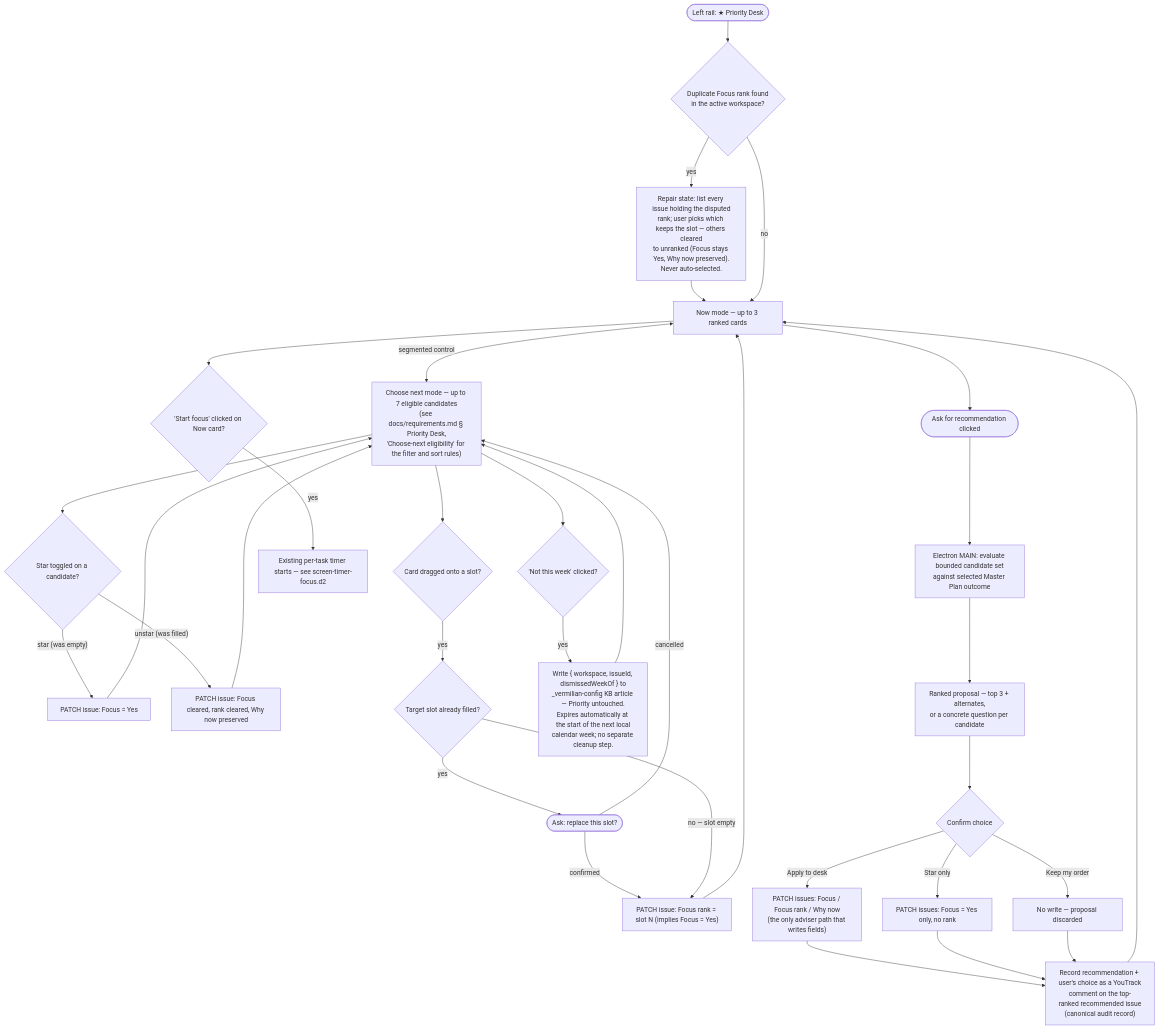
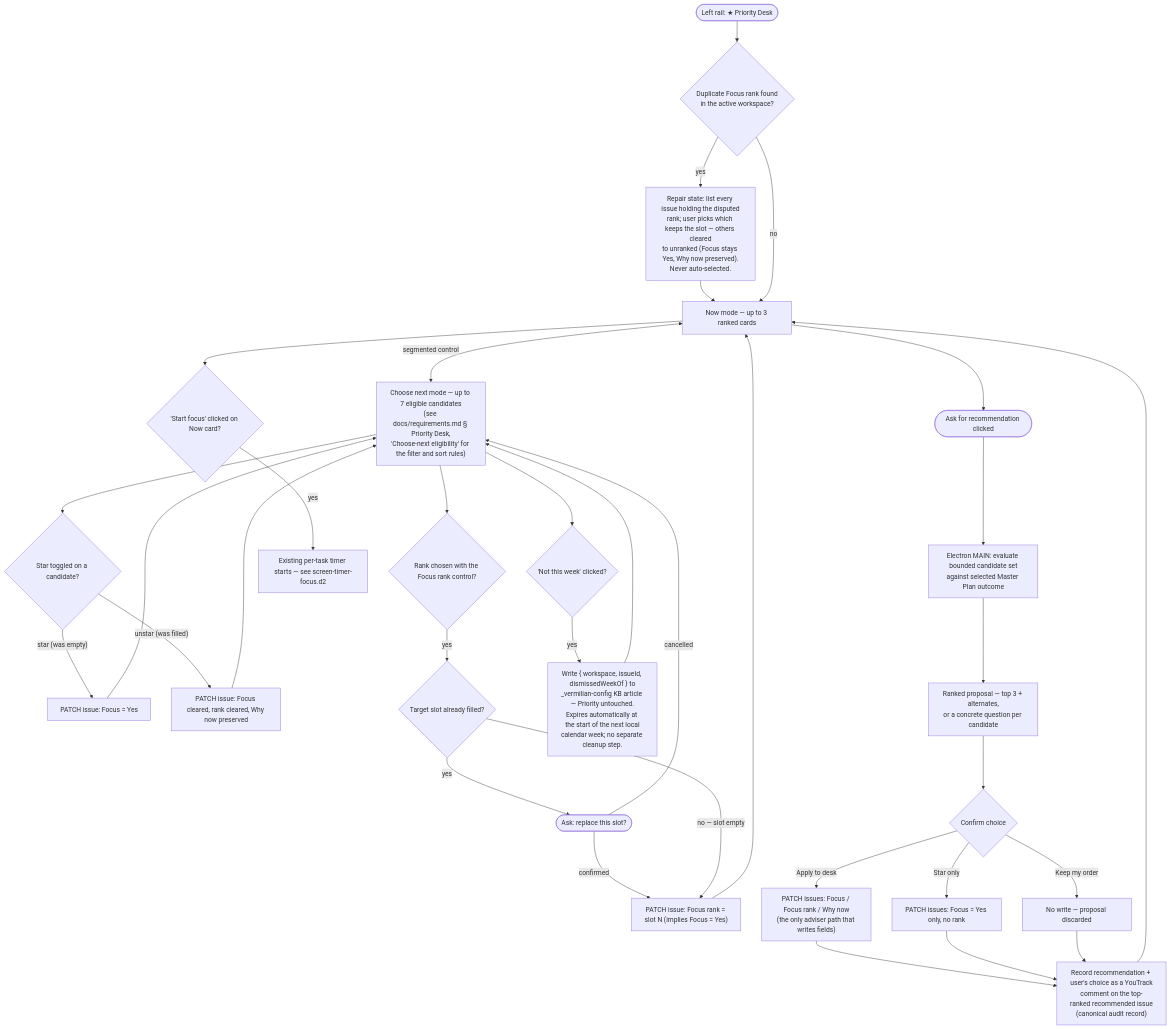
Before and after one commit to kevinpinscoe/vermilian: the diagram in docs/design/flow-priority-desk.mmd, drawn with Mermaid. The commit also changed 7 other files, not shown here.

```diff
--- a/docs/design/flow-priority-desk.mmd
+++ b/docs/design/flow-priority-desk.mmd
@@ -1,84 +1,84 @@
 %%{init: {'theme': 'default'}}%%
 %% =============================================================================
 %% UI Flow — Priority Desk: navigation, ranking actions, and the AI recommendation
 %% Renderer:    Kroki (mermaid)  |  wiki.js (Kroki plugin or native Mermaid module)
 %% Reviewed:    2026-09-14
 %% Spec:        docs/requirements.md (§ Priority Desk), ADR-0007
 %% Related:     screen-priority-desk-now.d2, screen-priority-desk-choose-next.d2,
 %%              screen-priority-desk-recommendation.d2 (the three screens this
 %%              flow connects)
 %%              screen-timer-focus.d2 ("Start focus" hand-off)
 %%              flow-create-task-ai.mmd (the other AI-boundary flow in this app —
 %%              same MAIN-process-only rule for the Claude API key)
 %% What this depicts: the full Priority Desk interaction surface across its two
 %% modes and the delivery-4 AI adviser. Every path that mutates Focus/Focus
 %% rank/Why now is drawn explicitly; every other path is read-only. The adviser
 %% call runs in the Electron MAIN process, matching flow-create-task-ai.mmd.
 %% Also depicts the Focus-rank invariant's repair path (docs/requirements.md
 %% § Priority Desk, "Focus-rank invariant") — duplicate ranks are never
 %% resolved automatically.
 %% =============================================================================
 
 flowchart TD
 
     RAIL(["Left rail: ★ Priority Desk"])
     DUPCHECK{"Duplicate Focus rank found\nin the active workspace?"}
     REPAIR["Repair state: list every issue holding the disputed\nrank; user picks which keeps the slot — others cleared\nto unranked (Focus stays Yes, Why now preserved).\nNever auto-selected."]
     NOW["Now mode — up to 3 ranked cards"]
     CHOOSE["Choose next mode — up to 7 eligible candidates\n(see docs/requirements.md § Priority Desk,\n'Choose-next eligibility' for the filter and sort rules)"]
 
     STAR{"Star toggled on a candidate?"}
     SETFOCUS["PATCH issue: Focus = Yes"]
     UNSTAR["PATCH issue: Focus cleared, rank cleared, Why now preserved"]
 
-    DRAG{"Card dragged onto a slot?"}
+    RANKPICK{"Rank chosen with the Focus rank control?"}
     FULL{"Target slot already filled?"}
     ASKREPLACE(["Ask: replace this slot?"])
     SETRANK["PATCH issue: Focus rank = slot N (implies Focus = Yes)"]
 
     DISMISS{"'Not this week' clicked?"}
     PERSISTDISMISS["Write { workspace, issueId, dismissedWeekOf } to\n_vermilian-config KB article — Priority untouched.\nExpires automatically at the start of the next local\ncalendar week; no separate cleanup step."]
 
     STARTFOCUS{"'Start focus' clicked on Now card?"}
     TIMER["Existing per-task timer starts — see screen-timer-focus.d2"]
 
     ASKBTN(["Ask for recommendation clicked"])
     CALL["Electron MAIN: evaluate bounded candidate set\nagainst selected Master Plan outcome"]
     RECOS["Ranked proposal — top 3 + alternates,\nor a concrete question per candidate"]
 
     CONFIRM{"Confirm choice"}
     APPLY["PATCH issues: Focus / Focus rank / Why now\n(the only adviser path that writes fields)"]
     STARONLY["PATCH issues: Focus = Yes only, no rank"]
     KEEPORDER["No write — proposal discarded"]
     RECORD["Record recommendation + user's choice as a YouTrack\ncomment on the top-ranked recommended issue\n(canonical audit record)"]
 
     RAIL --> DUPCHECK
     DUPCHECK -->|"yes"| REPAIR --> NOW
     DUPCHECK -->|"no"| NOW
     NOW <-->|"segmented control"| CHOOSE
 
     CHOOSE --> STAR
     STAR -->|"star (was empty)"| SETFOCUS --> CHOOSE
     STAR -->|"unstar (was filled)"| UNSTAR --> CHOOSE
 
-    CHOOSE --> DRAG
-    DRAG -->|"yes"| FULL
+    CHOOSE --> RANKPICK
+    RANKPICK -->|"yes"| FULL
     FULL -->|"yes"| ASKREPLACE
     ASKREPLACE -->|"confirmed"| SETRANK
     ASKREPLACE -->|"cancelled"| CHOOSE
     FULL -->|"no — slot empty"| SETRANK
     SETRANK --> NOW
 
     CHOOSE --> DISMISS
     DISMISS -->|"yes"| PERSISTDISMISS --> CHOOSE
 
     NOW --> STARTFOCUS
     STARTFOCUS -->|"yes"| TIMER
 
     NOW --> ASKBTN
     ASKBTN --> CALL
     CALL --> RECOS
     RECOS --> CONFIRM
     CONFIRM -->|"Apply to desk"| APPLY --> RECORD --> NOW
     CONFIRM -->|"Star only"| STARONLY --> RECORD
     CONFIRM -->|"Keep my order"| KEEPORDER --> RECORD
```
